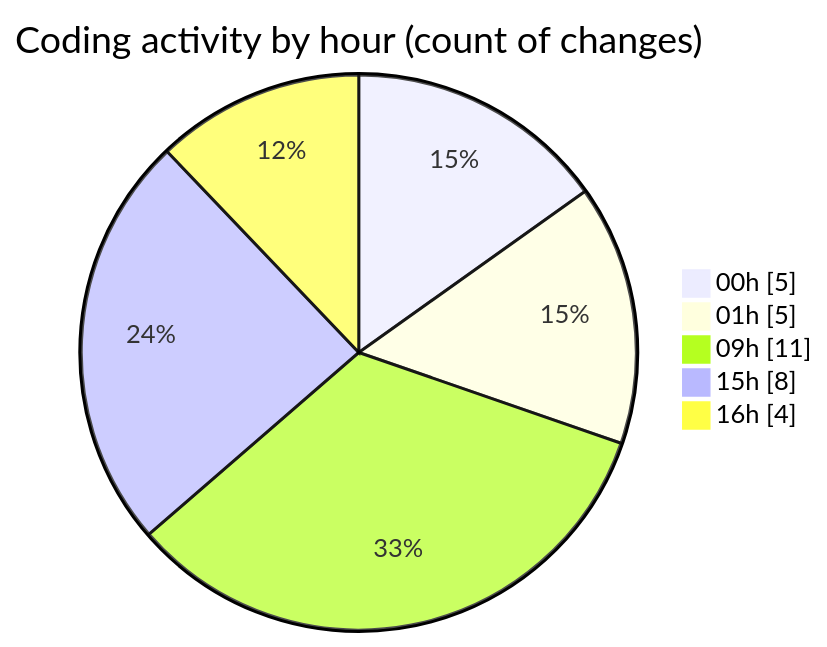
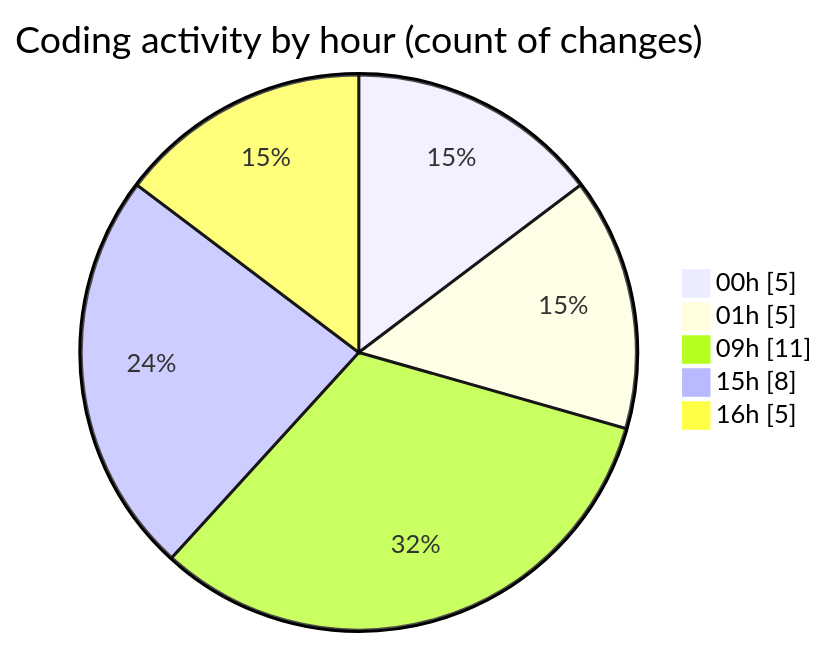
The second of 2 diagrams in 2025-07-12/ribbon/README.md (EIIisD/code-tracking), drawn with Mermaid before and after one commit. The commit also changed other lines of this file and 1 other file, not shown here.

````diff
--- a/2025-07-12/ribbon/README.md
+++ b/2025-07-12/ribbon/README.md
@@ -39,9 +39,9 @@
 ```mermaid
 pie showData
 title Coding activity by hour (count of changes)
 "00h" : 5
 "01h" : 5
 "09h" : 11
 "15h" : 8
-"16h" : 4
+"16h" : 5
 ```
````
